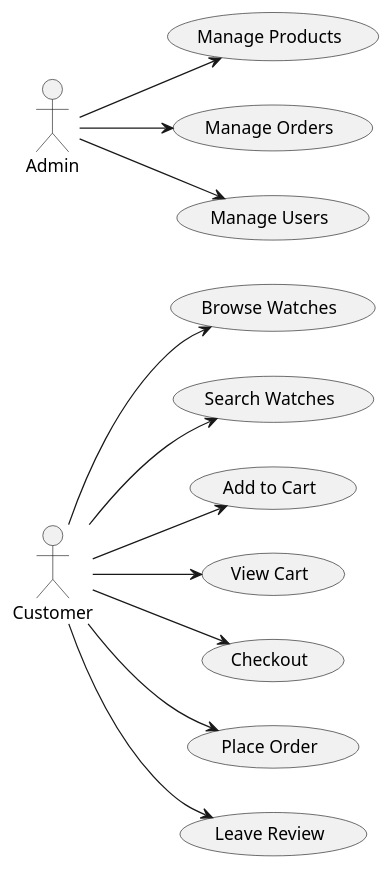
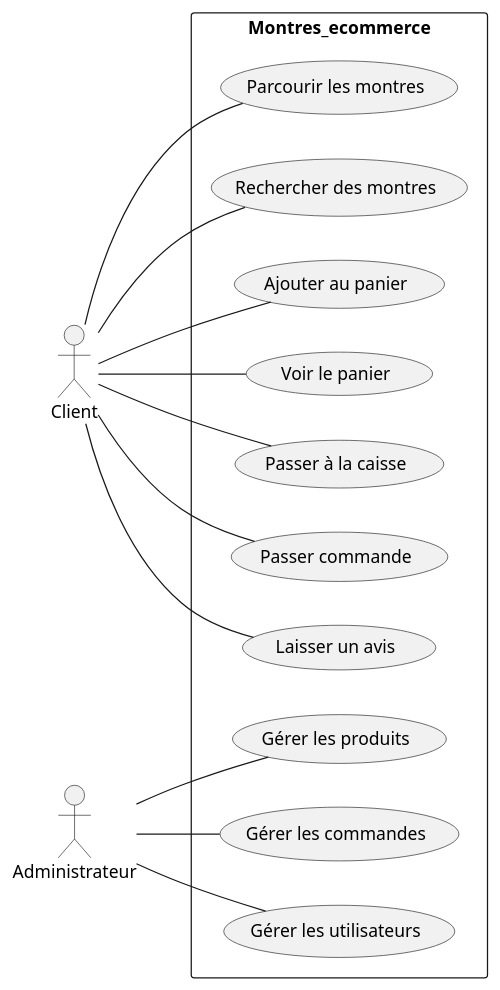
One commit to Suirita/15.E_commerce changed the diagram in Diagramme_de_cas_d’utilisation/Diagramme_de_cas_d’utilisation.pu. Above: the diagram before and after it, drawn with PlantUML. The commit also changed 2 other files, not shown here.

Commit message:
fixing class diagram

```diff
--- a/Diagramme_de_cas_d’utilisation/Diagramme_de_cas_d’utilisation.pu
+++ b/Diagramme_de_cas_d’utilisation/Diagramme_de_cas_d’utilisation.pu
@@ -1,28 +1,30 @@
-@startuml Watches_ecommerce
+@startuml Montres_ecommerce
 left to right direction
-actor Customer
-actor Admin
+actor Client
+actor Administrateur
 
-usecase "Browse Watches" as UC_Browse
-usecase "Search Watches" as UC_Search
-usecase "Add to Cart" as UC_AddCart
-usecase "View Cart" as UC_ViewCart
-usecase "Checkout" as UC_Checkout
-usecase "Place Order" as UC_Order
-usecase "Leave Review" as UC_Review
-usecase "Manage Products" as UC_ManageProducts
-usecase "Manage Orders" as UC_ManageOrders
-usecase "Manage Users" as UC_ManageUsers
+rectangle "Montres_ecommerce" {
+  usecase "Parcourir les montres" as UC_Browse
+  usecase "Rechercher des montres" as UC_Search
+  usecase "Ajouter au panier" as UC_AddCart
+  usecase "Voir le panier" as UC_ViewCart
+  usecase "Passer à la caisse" as UC_Checkout
+  usecase "Passer commande" as UC_Order
+  usecase "Laisser un avis" as UC_Review
+  usecase "Gérer les produits" as UC_ManageProducts
+  usecase "Gérer les commandes" as UC_ManageOrders
+  usecase "Gérer les utilisateurs" as UC_ManageUsers
+}
 
-Customer --> UC_Browse
-Customer --> UC_Search
-Customer --> UC_AddCart
-Customer --> UC_ViewCart
-Customer --> UC_Checkout
-Customer --> UC_Order
-Customer --> UC_Review
+Client -- UC_Browse
+Client -- UC_Search
+Client -- UC_AddCart
+Client -- UC_ViewCart
+Client -- UC_Checkout
+Client -- UC_Order
+Client -- UC_Review
 
-Admin --> UC_ManageProducts
-Admin --> UC_ManageOrders
-Admin --> UC_ManageUsers
+Administrateur -- UC_ManageProducts
+Administrateur -- UC_ManageOrders
+Administrateur -- UC_ManageUsers
 @enduml
```
